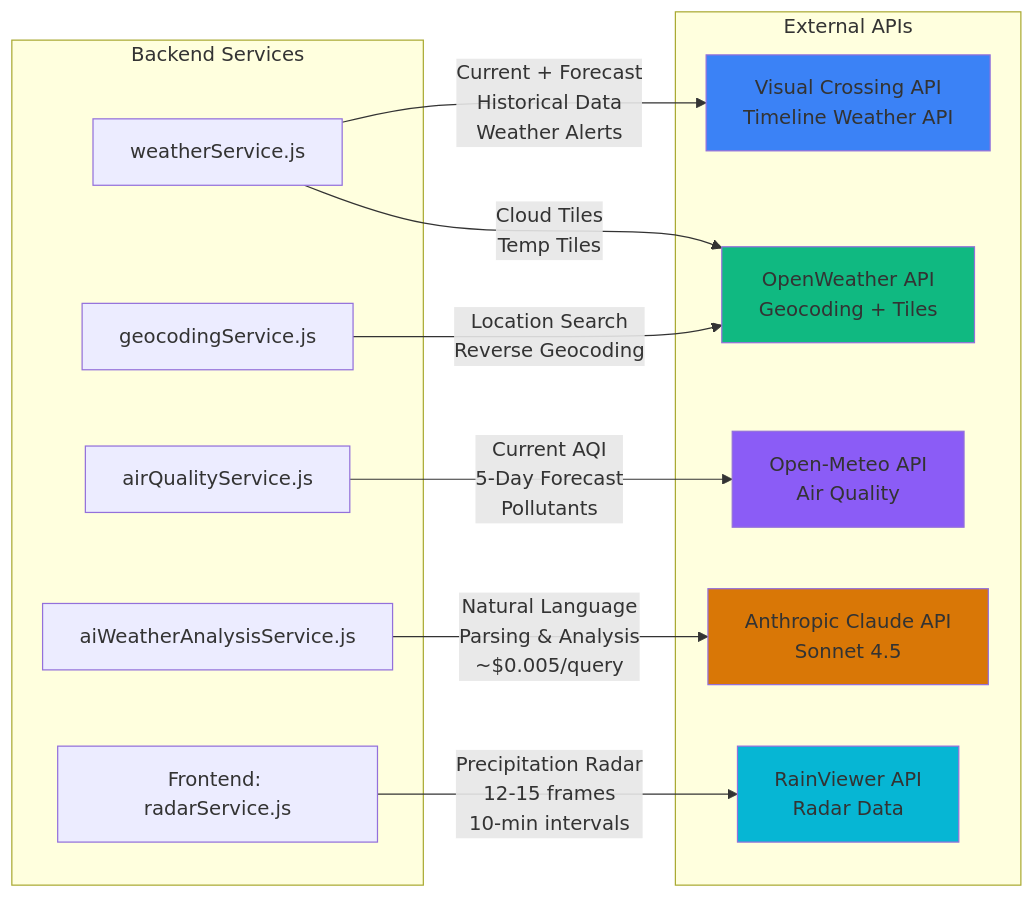
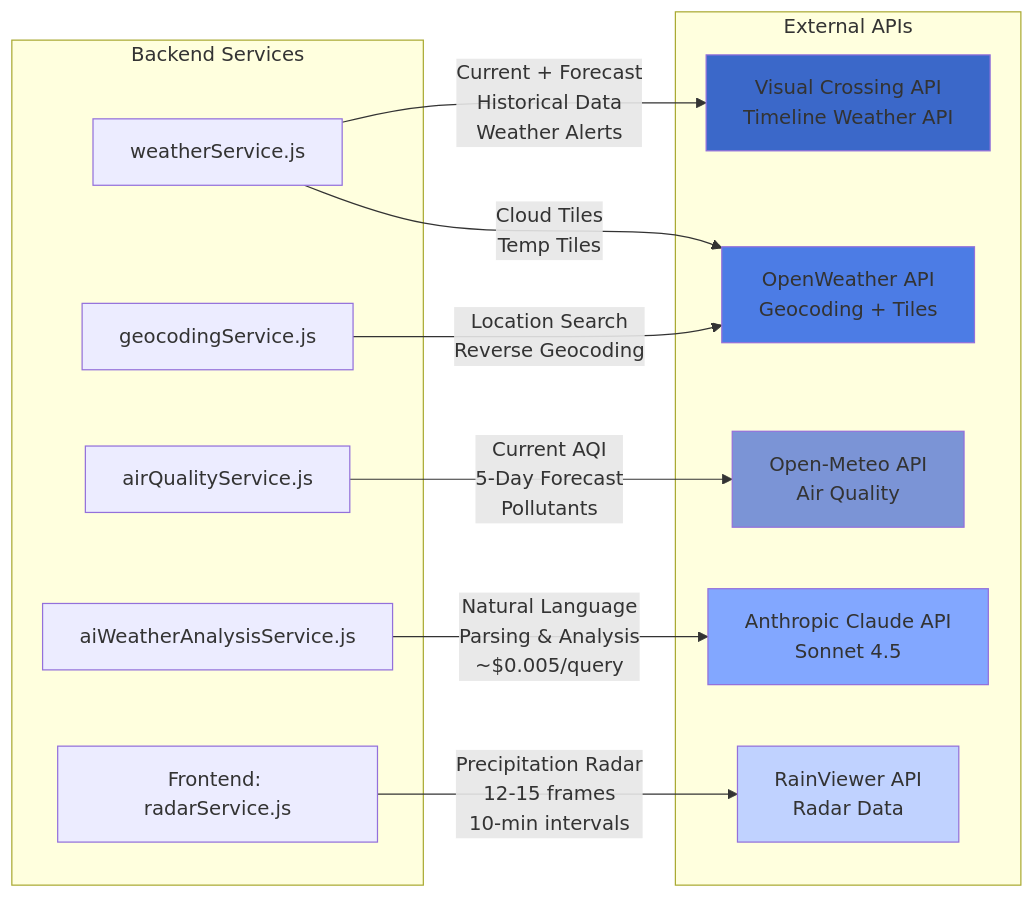
Before and after one commit to mbuckingham74/meteo-weather: the seventh of 8 diagrams in docs/getting-started/ARCHITECTURE.md, drawn with Mermaid. The commit also changed other lines of this file and 10 other files, not shown here.

````diff
--- a/docs/getting-started/ARCHITECTURE.md
+++ b/docs/getting-started/ARCHITECTURE.md
@@ -655,35 +655,35 @@
 ```mermaid
 graph LR
     subgraph "Backend Services"
         WeatherSvc[weatherService.js]
         AirQualitySvc[airQualityService.js]
         GeocodingSvc[geocodingService.js]
         AISvc[aiWeatherAnalysisService.js]
         RadarSvc[Frontend: radarService.js]
     end
 
     subgraph "External APIs"
         VisualCrossing[Visual Crossing API<br/>Timeline Weather API]
         OpenWeather[OpenWeather API<br/>Geocoding + Tiles]
         OpenMeteo[Open-Meteo API<br/>Air Quality]
         Claude[Anthropic Claude API<br/>Sonnet 4.5]
         RainViewer[RainViewer API<br/>Radar Data]
     end
 
     WeatherSvc -->|Current + Forecast<br/>Historical Data<br/>Weather Alerts| VisualCrossing
 
     GeocodingSvc -->|Location Search<br/>Reverse Geocoding| OpenWeather
     WeatherSvc -->|Cloud Tiles<br/>Temp Tiles| OpenWeather
 
     AirQualitySvc -->|Current AQI<br/>5-Day Forecast<br/>Pollutants| OpenMeteo
 
     AISvc -->|Natural Language<br/>Parsing & Analysis<br/>~$0.005/query| Claude
 
     RadarSvc -->|Precipitation Radar<br/>12-15 frames<br/>10-min intervals| RainViewer
 
-    style VisualCrossing fill:#3b82f6
-    style OpenWeather fill:#10b981
-    style OpenMeteo fill:#8b5cf6
-    style Claude fill:#d97706
-    style RainViewer fill:#06b6d4
+    style VisualCrossing fill:#3b68c9
+    style OpenWeather fill:#4c7ce5
+    style OpenMeteo fill:#7b94d6
+    style Claude fill:#82a7ff
+    style RainViewer fill:#c0d2ff
 ```
````
